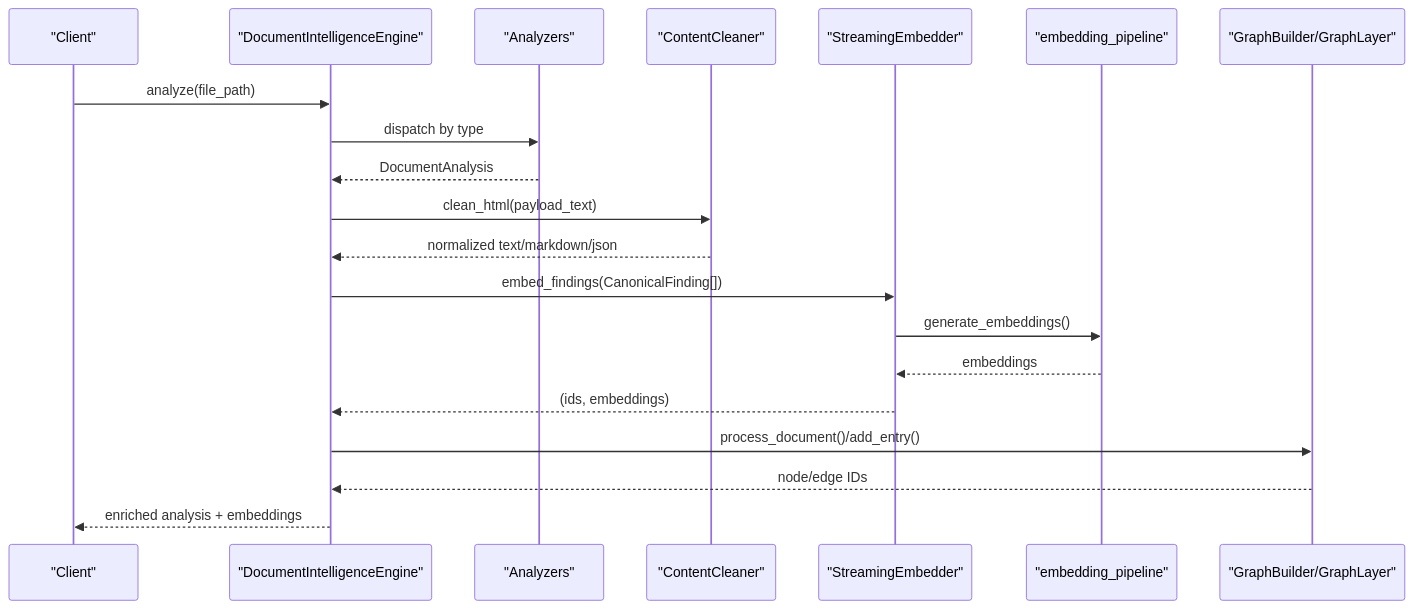
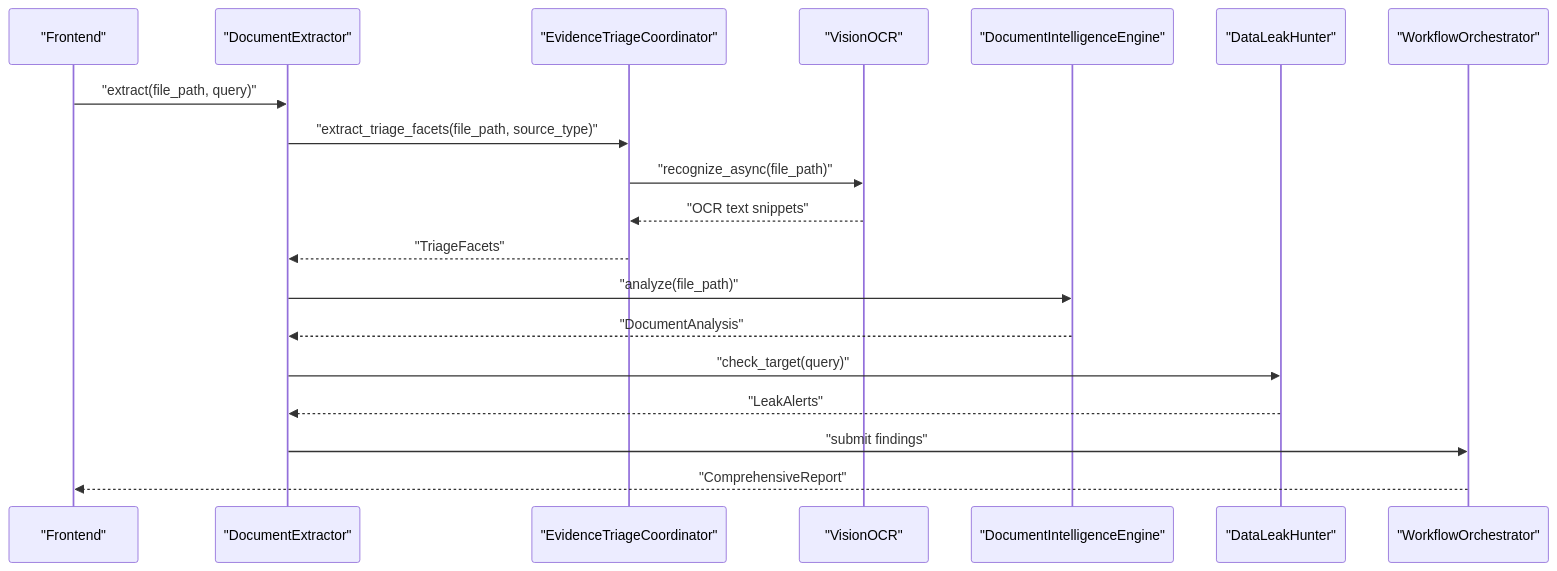
One commit to Hamulda/hledac-universal changed the second of 8 diagrams in .qoder/repowiki/en/content/Intelligence Modules/Document Intelligence.md. Above: the diagram before and after it, drawn with Mermaid. The commit also changed other lines of this file and 236 other files, not shown here.

````diff
--- a/.qoder/repowiki/en/content/Intelligence Modules/Document Intelligence.md
+++ b/.qoder/repowiki/en/content/Intelligence Modules/Document Intelligence.md
@@ -116,22 +105,21 @@
 ```mermaid
 sequenceDiagram
-participant Client as "Client"
-participant Engine as "DocumentIntelligenceEngine"
-participant Analyzer as "Analyzers"
-participant Cleaner as "ContentCleaner"
-participant Embedder as "StreamingEmbedder"
-participant Pipeline as "embedding_pipeline"
-participant KG as "GraphBuilder/GraphLayer"
-Client->>Engine : analyze(file_path)
-Engine->>Analyzer : dispatch by type
-Analyzer-->>Engine : DocumentAnalysis
-Engine->>Cleaner : clean_html(payload_text)
-Cleaner-->>Engine : normalized text/markdown/json
-Engine->>Embedder : embed_findings(CanonicalFinding[])
-Embedder->>Pipeline : generate_embeddings()
-Pipeline-->>Embedder : embeddings
-Embedder-->>Engine : (ids, embeddings)
-Engine->>KG : process_document()/add_entry()
-KG-->>Engine : node/edge IDs
-Engine-->>Client : enriched analysis + embeddings
+participant FE as "Frontend"
+participant DE as "DocumentExtractor"
+participant ET as "EvidenceTriageCoordinator"
+participant OCR as "VisionOCR"
+participant DI as "DocumentIntelligenceEngine"
+participant DLH as "DataLeakHunter"
+participant WF as "WorkflowOrchestrator"
+FE->>DE : "extract(file_path, query)"
+DE->>ET : "extract_triage_facets(file_path, source_type)"
+ET->>OCR : "recognize_async(file_path)"
+OCR-->>ET : "OCR text snippets"
+ET-->>DE : "TriageFacets"
+DE->>DI : "analyze(file_path)"
+DI-->>DE : "DocumentAnalysis"
+DE->>DLH : "check_target(query)"
+DLH-->>DE : "LeakAlerts"
+DE->>WF : "submit findings"
+WF-->>FE : "ComprehensiveReport"
 ```
````
